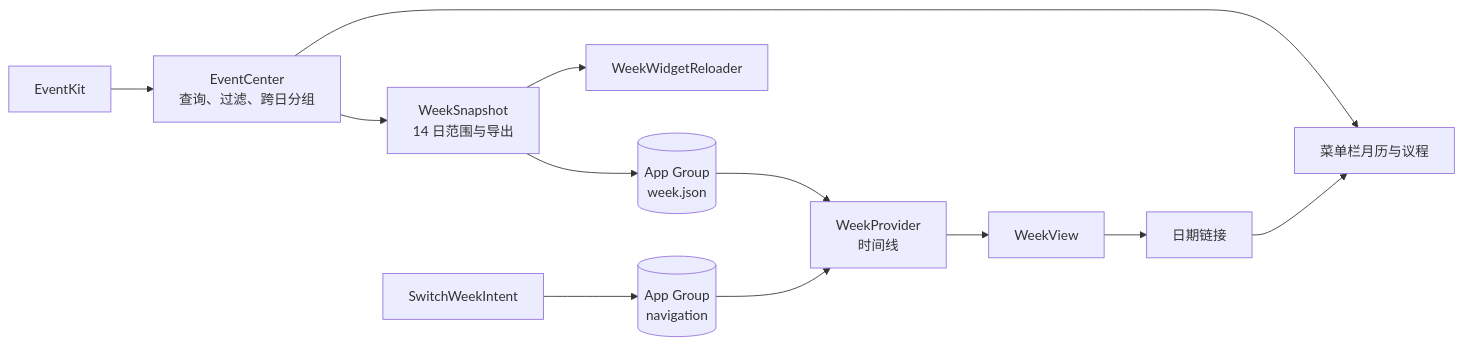
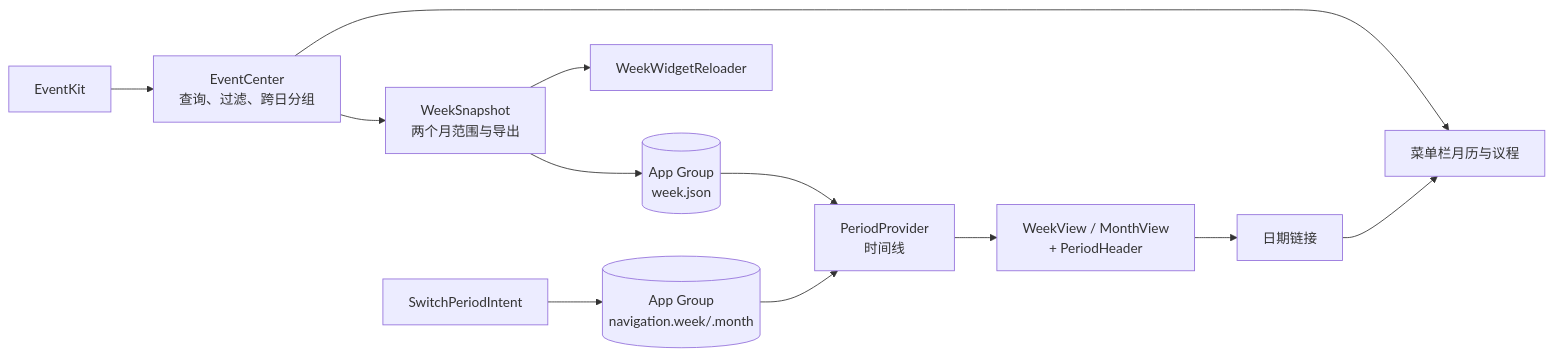
One commit to wutongyuonce/Itsycal changed the diagram in docs/WEEK_WIDGET_SPEC.md. Above: the diagram before and after it, drawn with Mermaid. The commit also changed other lines of this file and 16 other files, not shown here.

````diff
--- a/docs/WEEK_WIDGET_SPEC.md
+++ b/docs/WEEK_WIDGET_SPEC.md
@@ -60,13 +64,13 @@
 ```mermaid
 flowchart LR
     EK[EventKit] --> EC[EventCenter\n查询、过滤、跨日分组]
     EC --> UI[菜单栏月历与议程]
-    EC --> EX[WeekSnapshot\n14 日范围与导出]
+    EC --> EX[WeekSnapshot\n两个月范围与导出]
     EX --> SH[(App Group\nweek.json)]
     EX --> WR[WeekWidgetReloader]
-    SH --> TP[WeekProvider\n时间线]
-    NI[SwitchWeekIntent] --> ND[(App Group\nnavigation)]
+    SH --> TP[PeriodProvider\n时间线]
+    NI[SwitchPeriodIntent] --> ND[(App Group\nnavigation.week/.month)]
     ND --> TP
-    TP --> WV[WeekView]
+    TP --> WV[WeekView / MonthView\n+ PeriodHeader]
     WV --> DL[日期链接] --> UI
 ```
````
